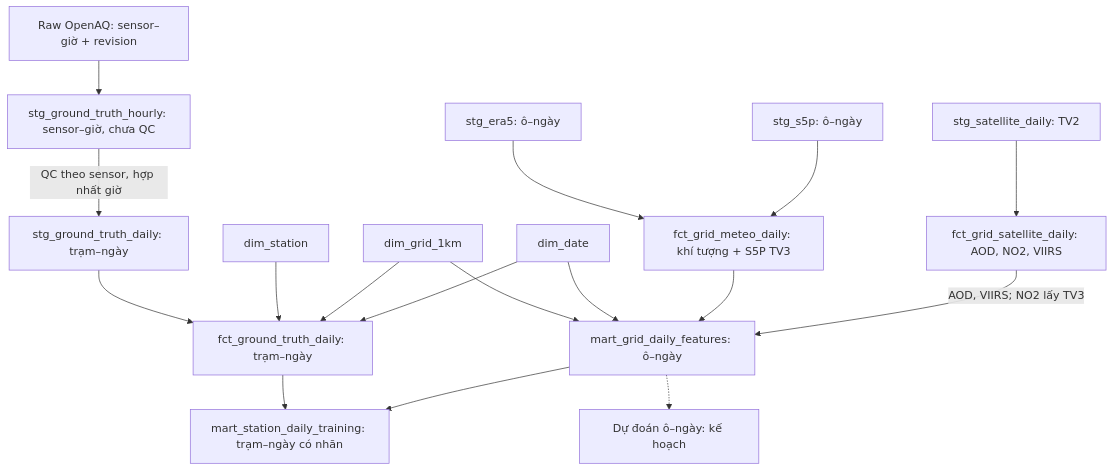
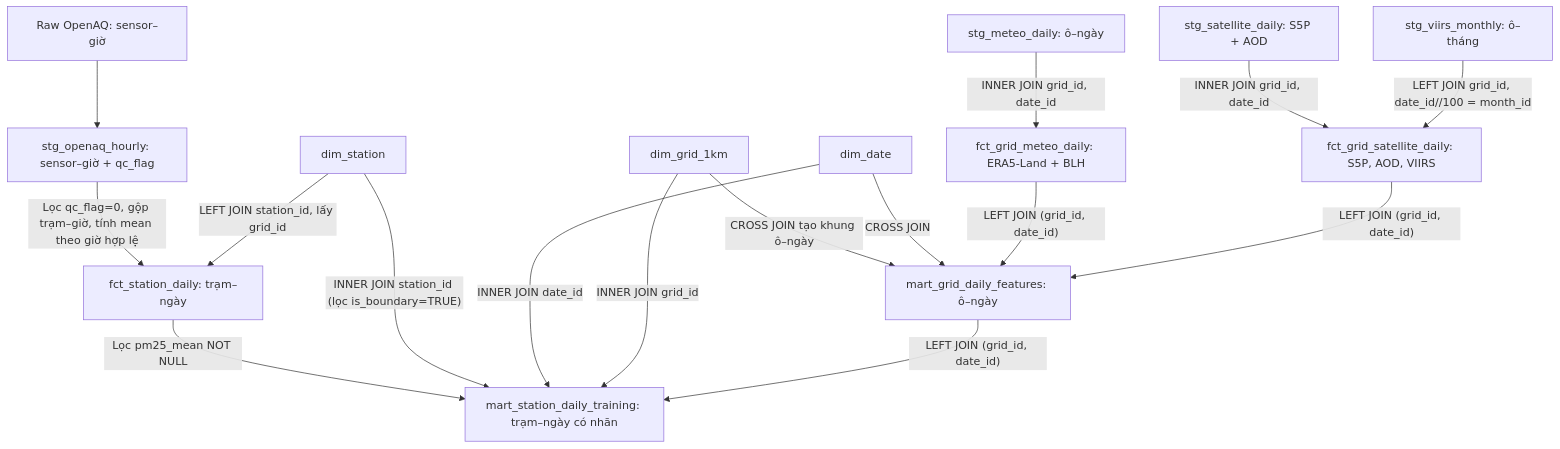
One commit to NguyenThinh06/hanoi_pm25 changed the diagram in docs/schema.md. Above: the diagram before and after it, drawn with Mermaid. The commit also changed other lines of this file and 62 other files, not shown here.

````diff
--- a/docs/schema.md
+++ b/docs/schema.md
@@ -14,19 +14,20 @@
 ```mermaid
 flowchart TD
-    R["Raw OpenAQ: sensor–giờ + revision"] --> H["stg_ground_truth_hourly: sensor–giờ, chưa QC"]
-    H -->|QC theo sensor, hợp nhất giờ| D["stg_ground_truth_daily: trạm–ngày"]
-    D --> F["fct_ground_truth_daily: trạm–ngày"]
-    S["dim_station"] --> F
-    G["dim_grid_1km"] --> F
-    T["dim_date"] --> F
-    E["stg_era5: ô–ngày"] --> M["fct_grid_meteo_daily: khí tượng + S5P TV3"]
-    P["stg_s5p: ô–ngày"] --> M
-    SV["stg_satellite_daily: TV2"] --> V["fct_grid_satellite_daily: AOD, NO2, VIIRS"]
-    G --> X["mart_grid_daily_features: ô–ngày"]
-    T --> X
-    M --> X
-    V -->|AOD, VIIRS; NO2 lấy TV3| X
-    F --> Y["mart_station_daily_training: trạm–ngày có nhãn"]
-    X --> Y
-    X -.-> Z["Dự đoán ô–ngày: kế hoạch"]
+    R["Raw OpenAQ: sensor–giờ"] --> H["stg_openaq_hourly: sensor–giờ + qc_flag"]
+    H -->|"Lọc qc_flag=0, gộp trạm–giờ, tính mean theo giờ hợp lệ"| F["fct_station_daily: trạm–ngày"]
+    S["dim_station"] -->|"LEFT JOIN station_id, lấy grid_id"| F
+    G["dim_grid_1km"]
+    T["dim_date"]
+    E["stg_meteo_daily: ô–ngày"] -->|"INNER JOIN grid_id, date_id"| M["fct_grid_meteo_daily: ERA5-Land + BLH"]
+    SV["stg_satellite_daily: S5P + AOD"] -->|"INNER JOIN grid_id, date_id"| V["fct_grid_satellite_daily: S5P, AOD, VIIRS"]
+    VM["stg_viirs_monthly: ô–tháng"] -->|"LEFT JOIN grid_id, date_id//100 = month_id"| V
+    G -->|"CROSS JOIN tạo khung ô–ngày"| X["mart_grid_daily_features: ô–ngày"]
+    T -->|"CROSS JOIN"| X
+    M -->|"LEFT JOIN (grid_id, date_id)"| X
+    V -->|"LEFT JOIN (grid_id, date_id)"| X
+    F -->|"Lọc pm25_mean NOT NULL"| Y["mart_station_daily_training: trạm–ngày có nhãn"]
+    S -->|"INNER JOIN station_id (lọc is_boundary=TRUE)"| Y
+    T -->|"INNER JOIN date_id"| Y
+    G -->|"INNER JOIN grid_id"| Y
+    X -->|"LEFT JOIN (grid_id, date_id)"| Y
 ```
````
